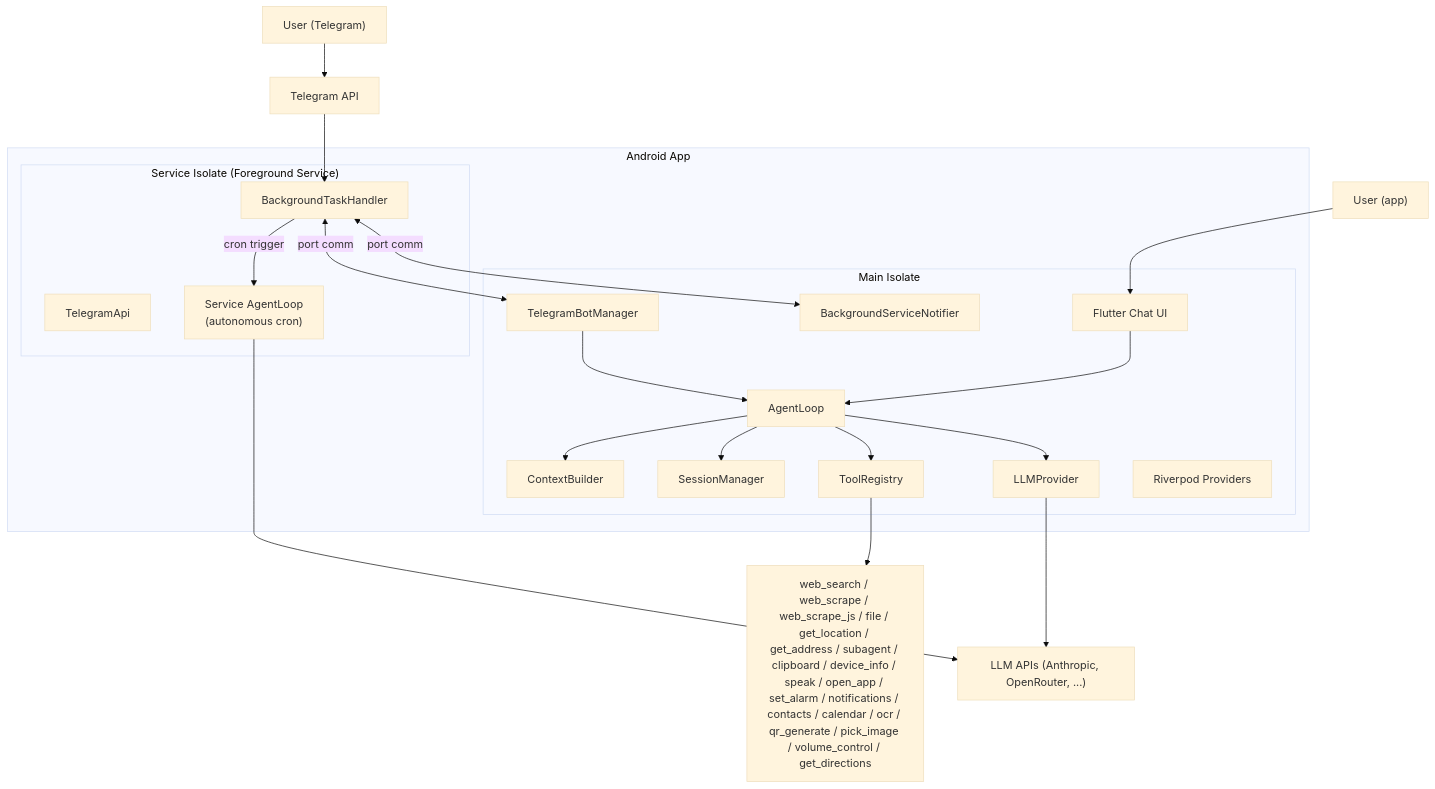
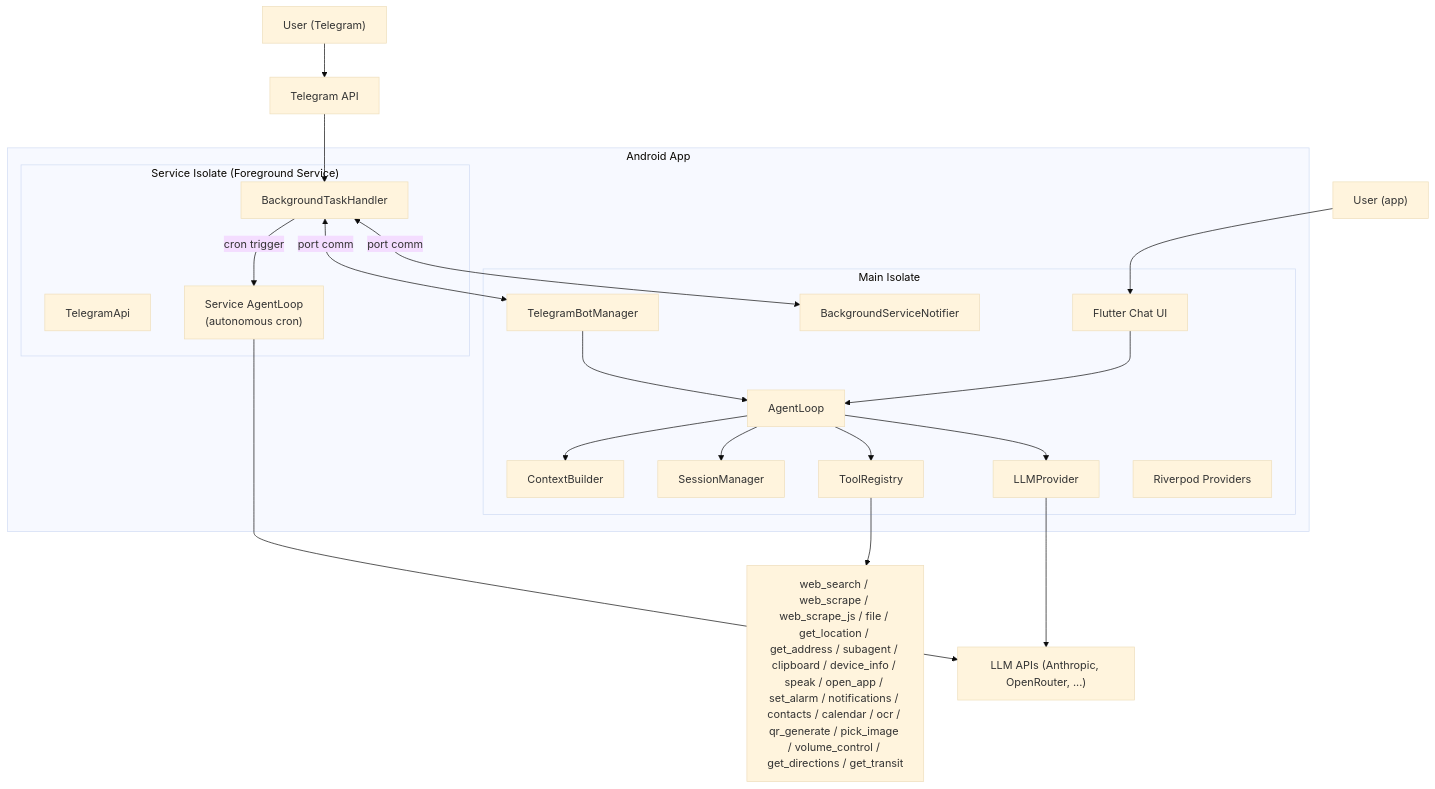
One commit to dgirard/droidclaw changed the first of 3 diagrams in README.md. Above: the diagram before and after it, drawn with Mermaid (base theme). The commit also changed other lines of this file and 11 other files, not shown here.

First line of the commit message:
feat: add get_transit tool (SNCF + PRIM/IDFM public transit)

````diff
--- a/README.md
+++ b/README.md
@@ -57,37 +57,37 @@
 ```mermaid
 graph TB
     subgraph "Android App"
         subgraph "Main Isolate"
             UI["Flutter Chat UI"]
             TM["TelegramBotManager"]
             BG["BackgroundServiceNotifier"]
             AL["AgentLoop"]
             CB["ContextBuilder"]
             SM["SessionManager"]
             TR["ToolRegistry"]
             LP["LLMProvider"]
             RP["Riverpod Providers"]
         end
         subgraph "Service Isolate (Foreground Service)"
             BTH["BackgroundTaskHandler"]
             TA["TelegramApi"]
             SAL["Service AgentLoop\n(autonomous cron)"]
         end
     end
 
     User1["User (app)"] --> UI
     User2["User (Telegram)"] --> TG["Telegram API"]
     TG --> BTH
     BTH <-->|"port comm"| BG
     BTH <-->|"port comm"| TM
     BTH -->|"cron trigger"| SAL
     UI --> AL
     TM --> AL
     AL --> LP
     AL --> TR
     AL --> SM
     AL --> CB
     SAL --> LLM
     LP --> LLM["LLM APIs (Anthropic, OpenRouter, ...)"]
-    TR --> Tools["web_search / web_scrape / web_scrape_js / file / get_location / get_address / subagent / clipboard / device_info / speak / open_app / set_alarm / notifications / contacts / calendar / ocr / qr_generate / pick_image / volume_control / get_directions"]
+    TR --> Tools["web_search / web_scrape / web_scrape_js / file / get_location / get_address / subagent / clipboard / device_info / speak / open_app / set_alarm / notifications / contacts / calendar / ocr / qr_generate / pick_image / volume_control / get_directions / get_transit"]
 ```
````
